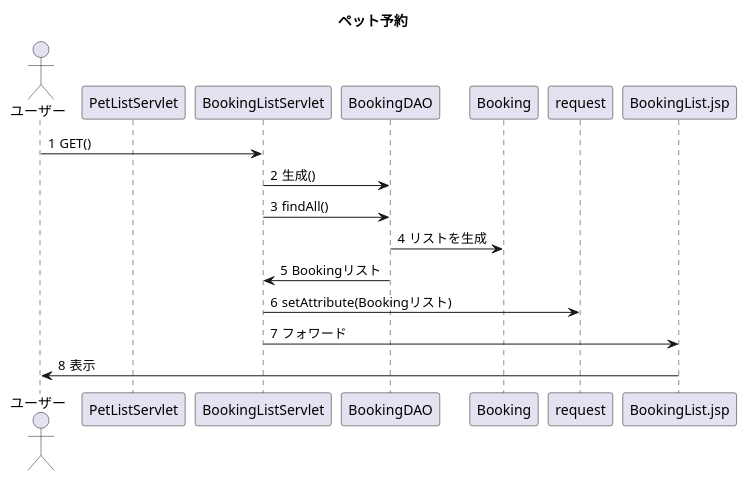
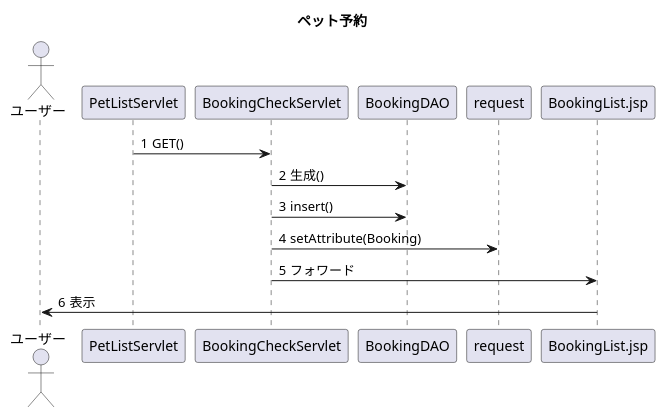
Before and after one commit to Tyamanaka07/WebSystem: the diagram in detail.uml/seq_booking.pu, drawn with PlantUML.

Commit message:
シーケンス図わかりません...

```diff
--- a/detail.uml/seq_booking.pu
+++ b/detail.uml/seq_booking.pu
@@ -1,18 +1,16 @@
 @startuml
 title ペット予約
 actor ユーザー
 participant PetListServlet
-participant BookingListServlet
+participant BookingCheckServlet
 autonumber "#"
 
-ユーザー->BookingListServlet : GET()
-BookingListServlet->BookingDAO : 生成()
-BookingListServlet->BookingDAO : findAll()
-BookingDAO->Booking : リストを生成
-BookingDAO->BookingListServlet : Bookingリスト
-BookingListServlet->request : setAttribute(Bookingリスト)
-BookingListServlet->BookingList.jsp : フォワード
+PetListServlet->BookingCheckServlet : GET()
+BookingCheckServlet->BookingDAO : 生成()
+BookingCheckServlet->BookingDAO : insert()
+BookingCheckServlet->request : setAttribute(Booking)
+BookingCheckServlet->BookingList.jsp : フォワード
 BookingList.jsp->ユーザー : 表示
 
 
 @enduml
```
